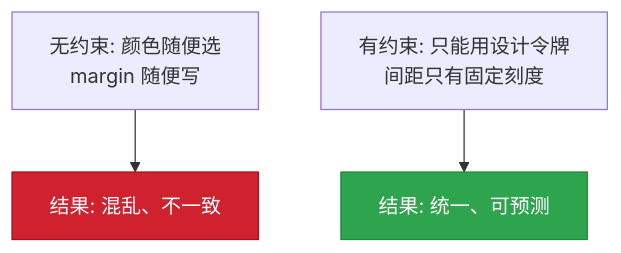
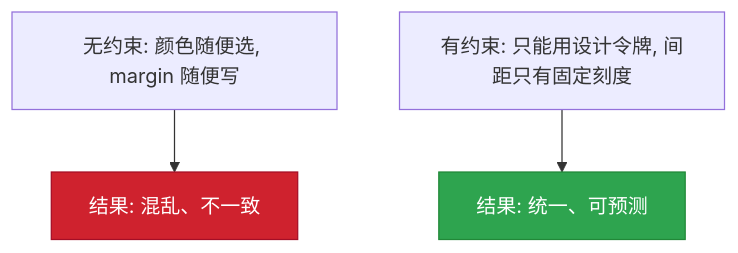
Before and after one commit to Cleam/primer-css: the sixth of 6 diagrams in learn/02-architecture.md, drawn with Mermaid. The commit also changed other lines of this file and 10 other files, not shown here.

First line of the commit message:
Fix mermaid diagram syntax for GitHub rendering compatibility

````diff
--- a/learn/02-architecture.md
+++ b/learn/02-architecture.md
@@ -327,8 +327,8 @@
 ```mermaid
 graph TB
-    A["无约束: 颜色随便选<br/>margin 随便写"] --> B["结果: 混乱、不一致"]
-    C["有约束: 只能用设计令牌<br/>间距只有固定刻度"] --> D["结果: 统一、可预测"]
+    A["无约束: 颜色随便选, margin 随便写"] --> B["结果: 混乱、不一致"]
+    C["有约束: 只能用设计令牌, 间距只有固定刻度"] --> D["结果: 统一、可预测"]
 
     style B fill:#cf222e,stroke:#a40e26,color:#fff
     style D fill:#2ea44f,stroke:#218838,color:#fff
 ```
````
